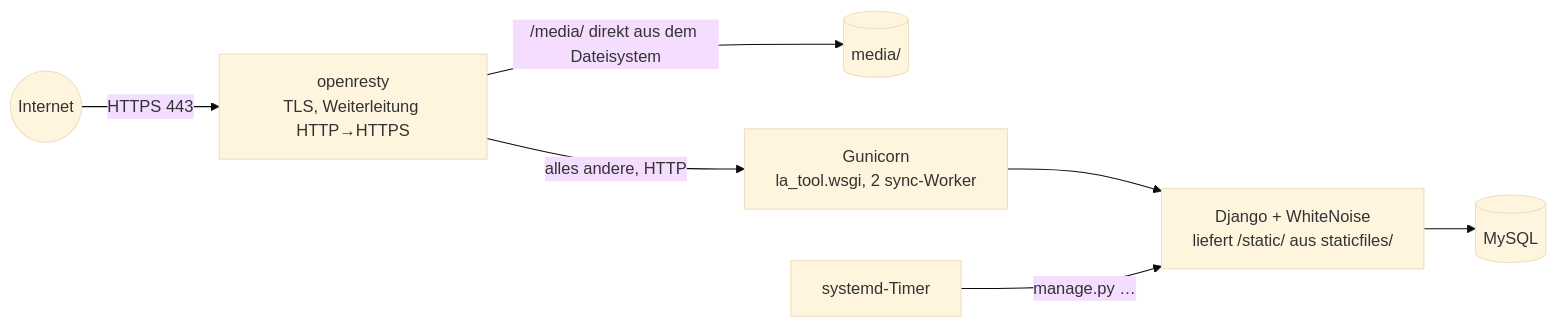
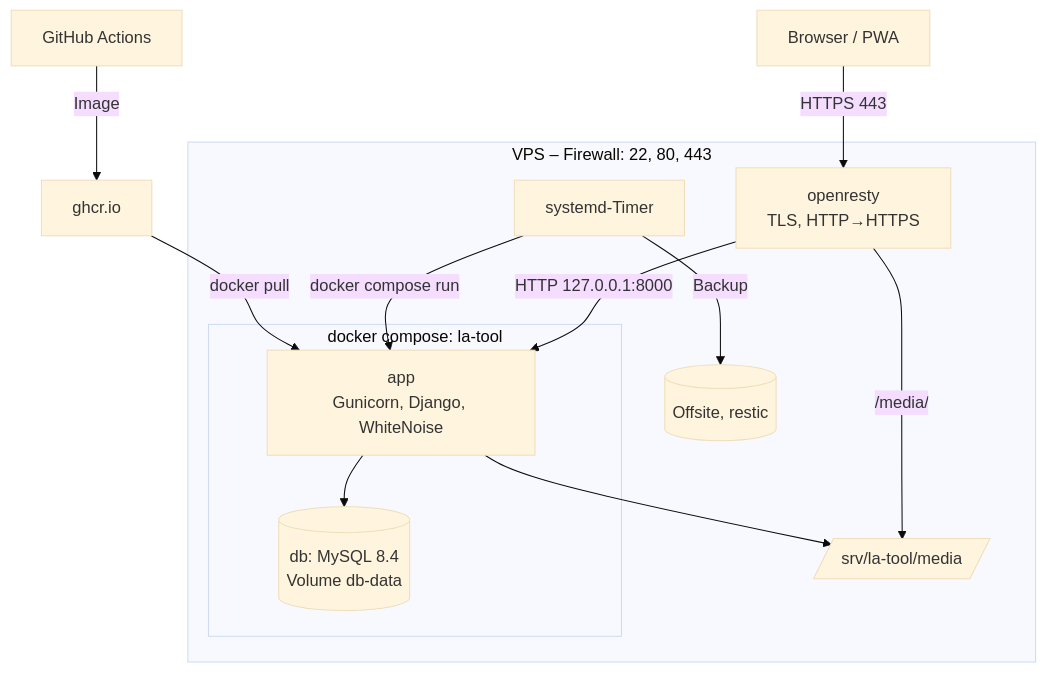
The diagram in docs/deployment.md (luca-alexander-thomas/LA-Tool), drawn with Mermaid (base theme) before and after one commit. The commit also changed other lines of this file and 8 other files, not shown here.

````diff
--- a/docs/deployment.md
+++ b/docs/deployment.md
@@ -9,9 +18,19 @@
 ```mermaid
-flowchart LR
-    I((Internet)) -->|HTTPS 443| P[openresty<br>TLS, Weiterleitung HTTP→HTTPS]
-    P -->|/media/ direkt aus dem Dateisystem| M[(media/)]
-    P -->|alles andere, HTTP| G[Gunicorn<br>la_tool.wsgi, 2 sync-Worker]
-    G --> D[Django + WhiteNoise<br>liefert /static/ aus staticfiles/]
-    D --> DB[(MySQL)]
-    T[systemd-Timer] -->|manage.py …| D
+flowchart TB
+    U[Browser / PWA] -->|HTTPS 443| P
+    subgraph VPS["VPS – Firewall: 22, 80, 443"]
+        P[openresty<br>TLS, HTTP→HTTPS]
+        P -->|/media/| MED[/srv/la-tool/media/]
+        P -->|HTTP 127.0.0.1:8000| APP
+        subgraph Compose["docker compose: la-tool"]
+            APP[app<br>Gunicorn, Django, WhiteNoise]
+            DB[(db: MySQL 8.4<br>Volume db-data)]
+        end
+        APP --> DB
+        APP --> MED
+        TIM[systemd-Timer] -->|docker compose run| APP
+        TIM -->|Backup| OFF[(Offsite, restic)]
+    end
+    CI[GitHub Actions] -->|Image| REG[ghcr.io]
+    REG -->|docker pull| APP
 ```
````
